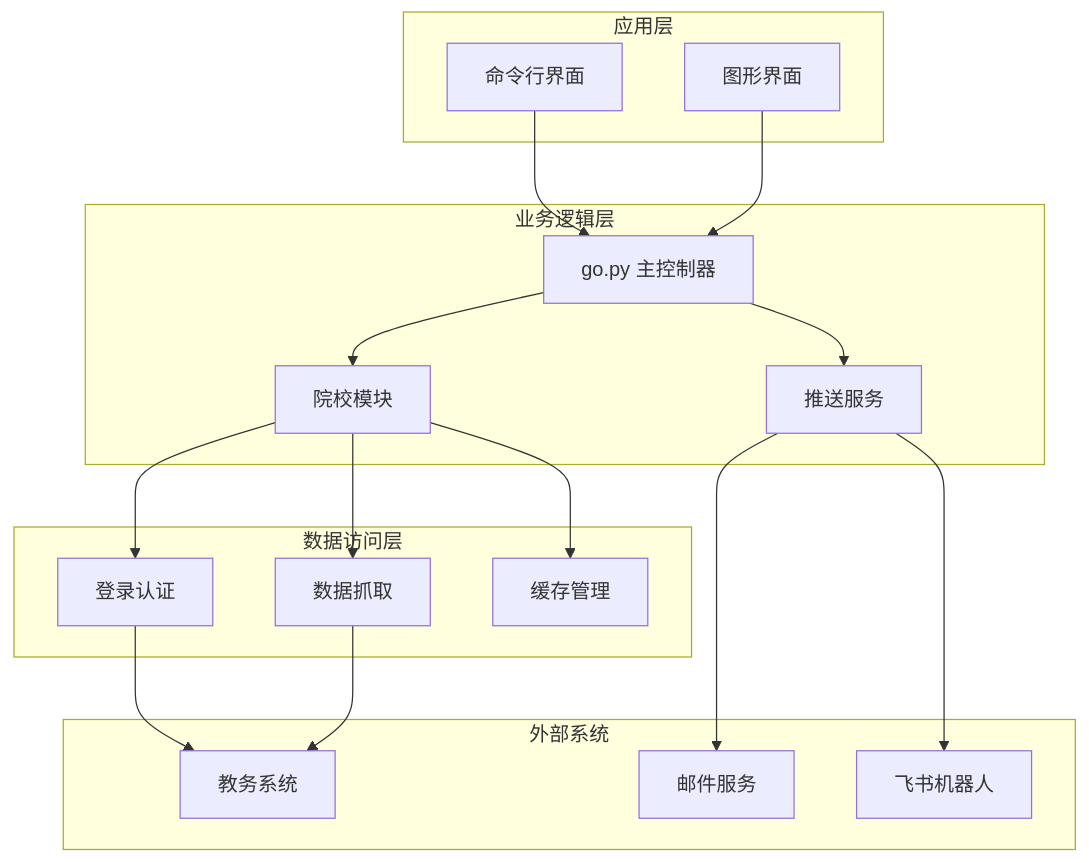
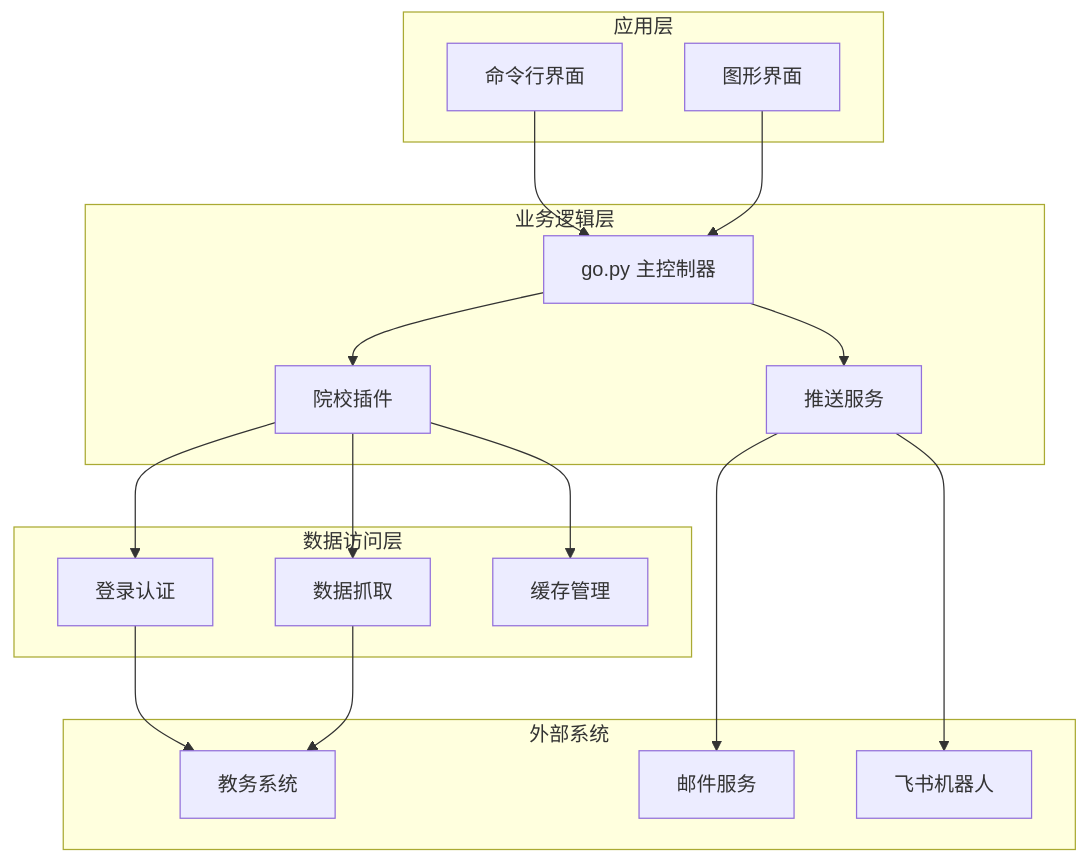
Before and after one commit to pjnt9372/Capture_Push: the third of 9 diagrams in .wiki/zh/content/院校模块系统/现有院校实现分析.md, drawn with Mermaid. The commit also changed other lines of this file and 37 other files, not shown here.

````diff
--- a/.wiki/zh/content/院校模块系统/现有院校实现分析.md
+++ b/.wiki/zh/content/院校模块系统/现有院校实现分析.md
@@ -144,33 +144,33 @@
 ```mermaid
 graph TB
 subgraph "应用层"
 CLI[命令行界面]
 GUI[图形界面]
 end
 subgraph "业务逻辑层"
 GO[go.py 主控制器]
 PUSH[推送服务]
-SCHOOL[院校模块]
+PLUGIN[院校插件]
 end
 subgraph "数据访问层"
 LOGIN[登录认证]
 FETCH[数据抓取]
 CACHE[缓存管理]
 end
 subgraph "外部系统"
 JWC[教务系统]
 EMAIL[邮件服务]
 FEISHU[飞书机器人]
 end
 CLI --> GO
 GUI --> GO
-GO --> SCHOOL
+GO --> PLUGIN
 GO --> PUSH
-SCHOOL --> LOGIN
-SCHOOL --> FETCH
-SCHOOL --> CACHE
+PLUGIN --> LOGIN
+PLUGIN --> FETCH
+PLUGIN --> CACHE
 LOGIN --> JWC
 FETCH --> JWC
 PUSH --> EMAIL
 PUSH --> FEISHU
 ```
````
